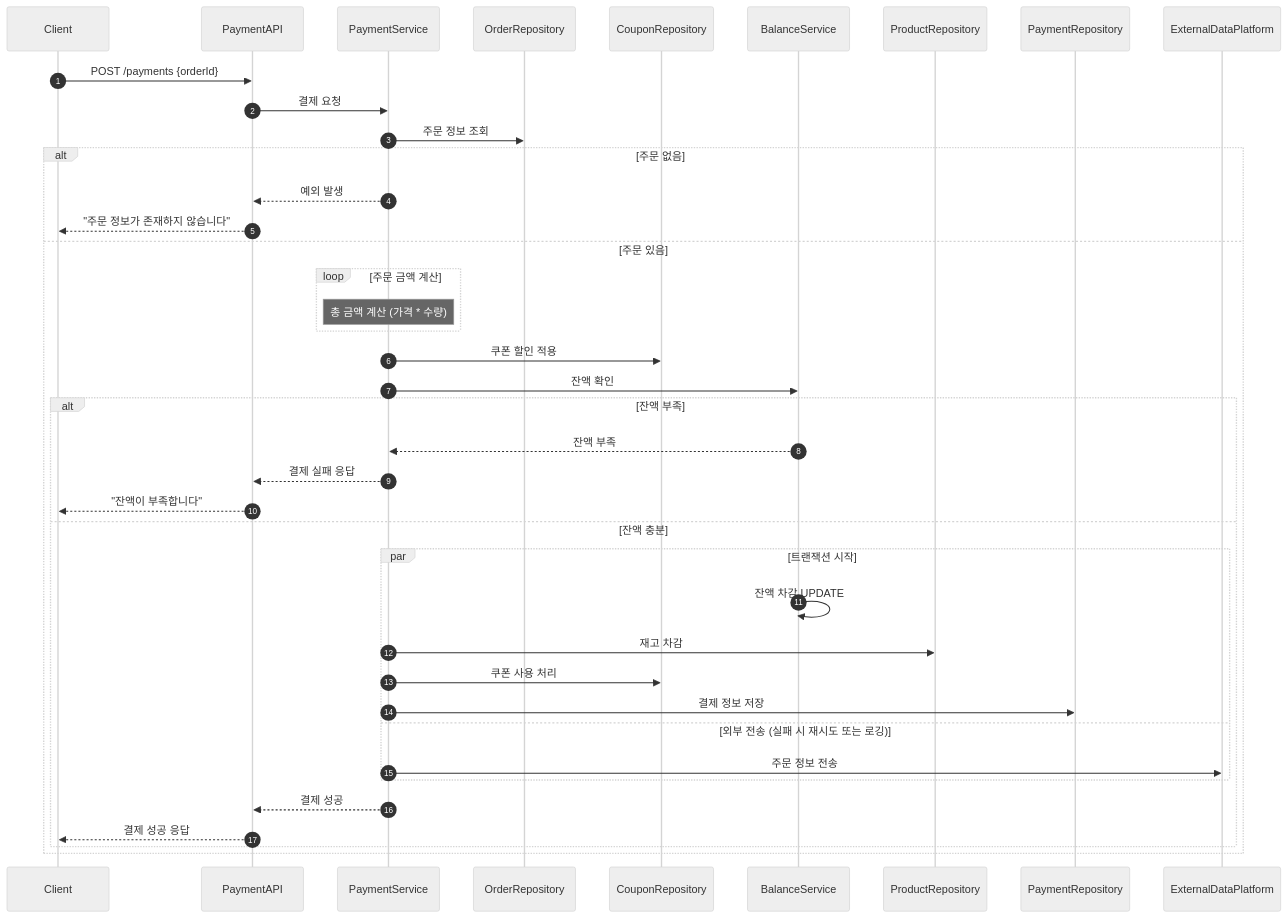
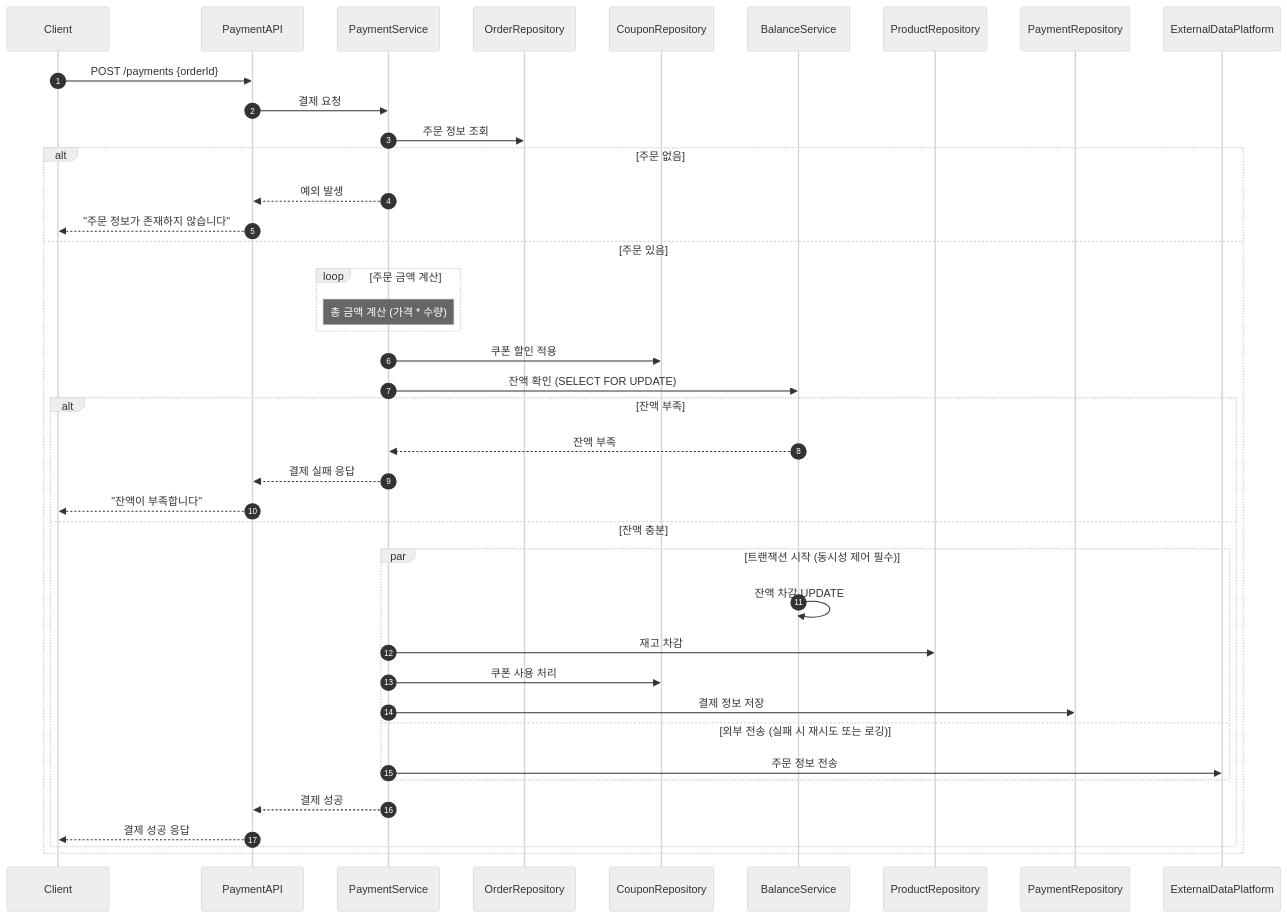
One commit to ehdgus0221/hhplus-ecommerce changed the sixth of 7 diagrams in docs/Sequence.md. Above: the diagram before and after it, drawn with Mermaid (neutral theme). The commit also changed other lines of this file, not shown here.

Commit message:
[DOCS] : 시퀀스 다이어그램 문서 수정 (동시성, 캐시 추가)

````diff
--- a/docs/Sequence.md
+++ b/docs/Sequence.md
@@ -115,34 +118,34 @@
 ```mermaid
 sequenceDiagram
     autonumber
     participant Client
     Client->>PaymentAPI: POST /payments {orderId}
     PaymentAPI->>PaymentService: 결제 요청
     PaymentService->>OrderRepository: 주문 정보 조회
     alt 주문 없음
         PaymentService-->>PaymentAPI: 예외 발생
         PaymentAPI-->>Client: "주문 정보가 존재하지 않습니다"
     else 주문 있음
         loop 주문 금액 계산
             Note over PaymentService: 총 금액 계산 (가격 * 수량)
         end
         PaymentService->>CouponRepository: 쿠폰 할인 적용
-        PaymentService->>BalanceService: 잔액 확인
+        PaymentService->>BalanceService: 잔액 확인 (SELECT FOR UPDATE)
         alt 잔액 부족
             BalanceService-->>PaymentService: 잔액 부족
             PaymentService-->>PaymentAPI: 결제 실패 응답
             PaymentAPI-->>Client: "잔액이 부족합니다"
         else 잔액 충분
-            par 트랜잭션 시작
+            par 트랜잭션 시작 (동시성 제어 필수)
                 BalanceService->>BalanceService: 잔액 차감 UPDATE
                 PaymentService->>ProductRepository: 재고 차감
                 PaymentService->>CouponRepository: 쿠폰 사용 처리
                 PaymentService->>PaymentRepository: 결제 정보 저장
             and 외부 전송 (실패 시 재시도 또는 로깅)
                 PaymentService->>ExternalDataPlatform: 주문 정보 전송
             end
             PaymentService-->>PaymentAPI: 결제 성공
             PaymentAPI-->>Client: 결제 성공 응답
         end
     end
 ```
````
